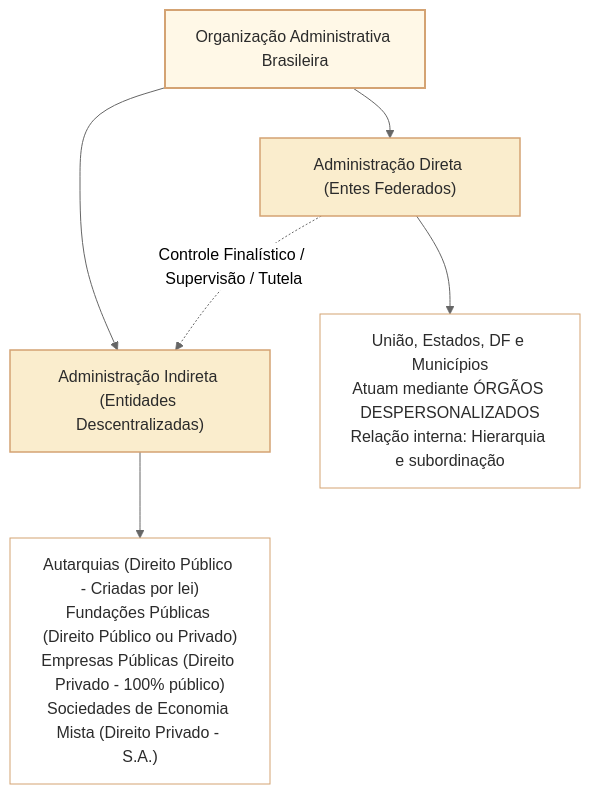
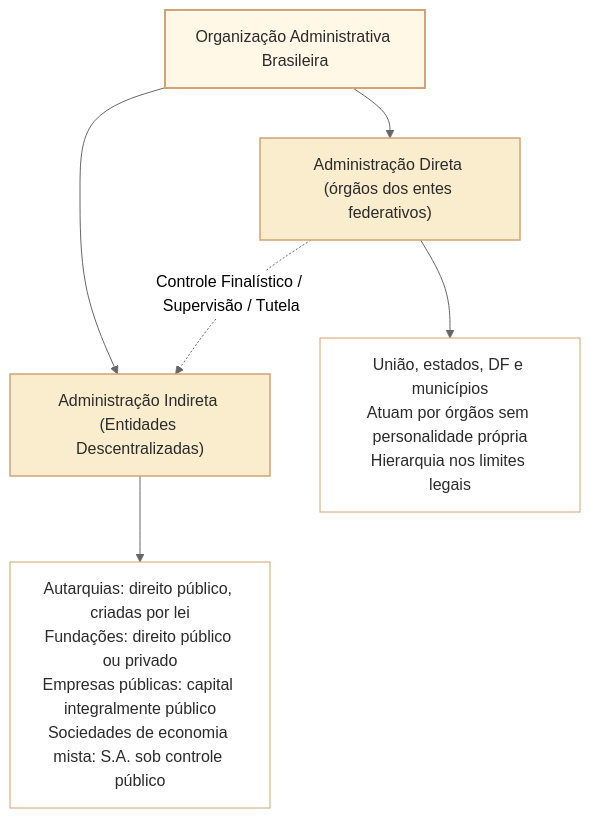
Before and after one commit to leorruas/concursos: the first of 2 diagrams in 3 - Materias/Direito Administrativo/02 - organizacao administrativa.md, drawn with Mermaid (neutral theme). The commit also changed other lines of this file, not shown here.

Commit message:
docs(DAD02): esclarecer estrutura administrativa, capital estatal e Tema 545

````diff
--- a/3 - Materias/Direito Administrativo/02 - organizacao administrativa.md
+++ b/3 - Materias/Direito Administrativo/02 - organizacao administrativa.md
@@ -29,14 +29,14 @@
 ```mermaid
 graph TD
     classDef raiz fill:#fff8e7,stroke:#d4a373,stroke-width:2px,color:#2b2b2b;
     classDef criterio fill:#faedcd,stroke:#d4a373,stroke-width:1.5px,color:#2b2b2b;
     classDef opcao fill:#ffffff,stroke:#d4a373,stroke-width:1px,color:#2b2b2b;
 
-    R["Organização Administrativa Brasileira"]:::raiz --> C1["Administração Direta (Entes Federados)"]:::criterio
+    R["Organização Administrativa Brasileira"]:::raiz --> C1["Administração Direta (órgãos dos entes federativos)"]:::criterio
     R --> C2["Administração Indireta (Entidades Descentralizadas)"]:::criterio
 
-    C1 --> O1["União, Estados, DF e Municípios<br/>Atuam mediante ÓRGÃOS DESPERSONALIZADOS<br/>Relação interna: Hierarquia e subordinação"]:::opcao
-    C2 --> O2["Autarquias (Direito Público - Criadas por lei)<br/>Fundações Públicas (Direito Público ou Privado)<br/>Empresas Públicas (Direito Privado - 100% público)<br/>Sociedades de Economia Mista (Direito Privado - S.A.)"]:::opcao
+    C1 --> O1["União, estados, DF e municípios<br/>Atuam por órgãos sem personalidade própria<br/>Hierarquia nos limites legais"]:::opcao
+    C2 --> O2["Autarquias: direito público, criadas por lei<br/>Fundações: direito público ou privado<br/>Empresas públicas: capital integralmente público<br/>Sociedades de economia mista: S.A. sob controle público"]:::opcao
     
     C1 -.->|Controle Finalístico / Supervisão / Tutela| C2
 ```
````
